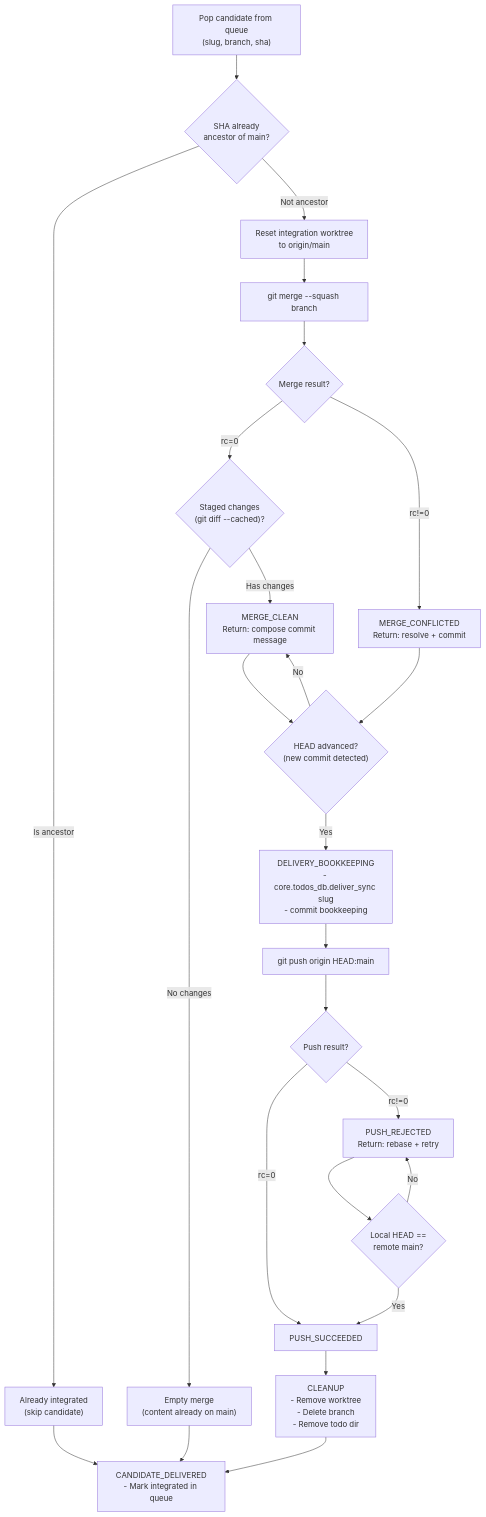
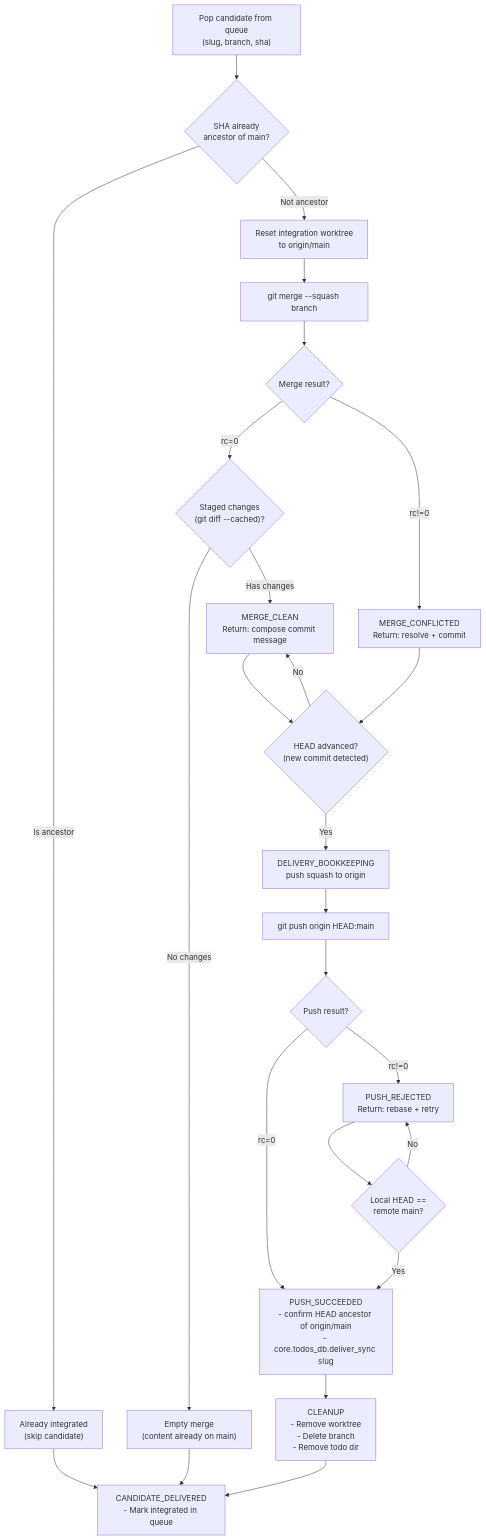
Before and after one commit to InstruktAI/TeleClaude: the second of 12 diagrams in docs/project/design/architecture/integration-state-machine.md, drawn with Mermaid. The commit also changed other lines of this file and 6 other files, not shown here.

First line of the commit message:
fix(integration-state-machine): gate todo delivery on a confirmed push

````diff
--- a/docs/project/design/architecture/integration-state-machine.md
+++ b/docs/project/design/architecture/integration-state-machine.md
@@ -147,72 +147,72 @@
 ```mermaid
 flowchart TD
     Pop["Pop candidate from queue<br/>(slug, branch, sha)"]
 
     AncestryCheck{"SHA already<br/>ancestor of main?"}
 
     SetupWorktree["Reset integration worktree<br/>to origin/main"]
 
     SquashMerge["git merge --squash branch"]
 
     MergeResult{"Merge result?"}
 
     EmptyCheck{"Staged changes<br/>(git diff --cached)?"}
 
     CleanMerge["MERGE_CLEAN<br/>Return: compose commit message"]
     ConflictMerge["MERGE_CONFLICTED<br/>Return: resolve + commit"]
 
     CommitCheck{"HEAD advanced?<br/>(new commit detected)"}
 
-    Bookkeeping["DELIVERY_BOOKKEEPING<br/>- core.todos_db.deliver_sync slug<br/>- commit bookkeeping"]
+    Bookkeeping["DELIVERY_BOOKKEEPING<br/>push squash to origin"]
 
     Push["git push origin HEAD:main"]
 
     PushResult{"Push result?"}
 
-    PushOK["PUSH_SUCCEEDED"]
+    PushOK["PUSH_SUCCEEDED<br/>- confirm HEAD ancestor of origin/main<br/>- core.todos_db.deliver_sync slug"]
     PushFail["PUSH_REJECTED<br/>Return: rebase + retry"]
 
     RecoveryCheck{"Local HEAD ==<br/>remote main?"}
 
     DoCleanup["CLEANUP<br/>- Remove worktree<br/>- Delete branch<br/>- Remove todo dir"]
 
     Delivered["CANDIDATE_DELIVERED<br/>- Mark integrated in queue"]
 
     AlreadyMerged["Already integrated<br/>(skip candidate)"]
     EmptyMerge["Empty merge<br/>(content already on main)"]
 
     Pop --> AncestryCheck
     AncestryCheck -->|"Is ancestor"| AlreadyMerged
     AncestryCheck -->|"Not ancestor"| SetupWorktree
 
     SetupWorktree --> SquashMerge
     SquashMerge --> MergeResult
 
     MergeResult -->|"rc=0"| EmptyCheck
     MergeResult -->|"rc!=0"| ConflictMerge
 
     EmptyCheck -->|"No changes"| EmptyMerge
     EmptyCheck -->|"Has changes"| CleanMerge
 
     CleanMerge --> CommitCheck
     ConflictMerge --> CommitCheck
 
     CommitCheck -->|"Yes"| Bookkeeping
     CommitCheck -->|"No"| CleanMerge
 
     Bookkeeping --> Push
     Push --> PushResult
 
     PushResult -->|"rc=0"| PushOK
     PushResult -->|"rc!=0"| PushFail
 
     PushFail --> RecoveryCheck
     RecoveryCheck -->|"Yes"| PushOK
     RecoveryCheck -->|"No"| PushFail
 
     PushOK --> DoCleanup
     DoCleanup --> Delivered
 
     AlreadyMerged --> Delivered
     EmptyMerge --> Delivered
 ```
````
